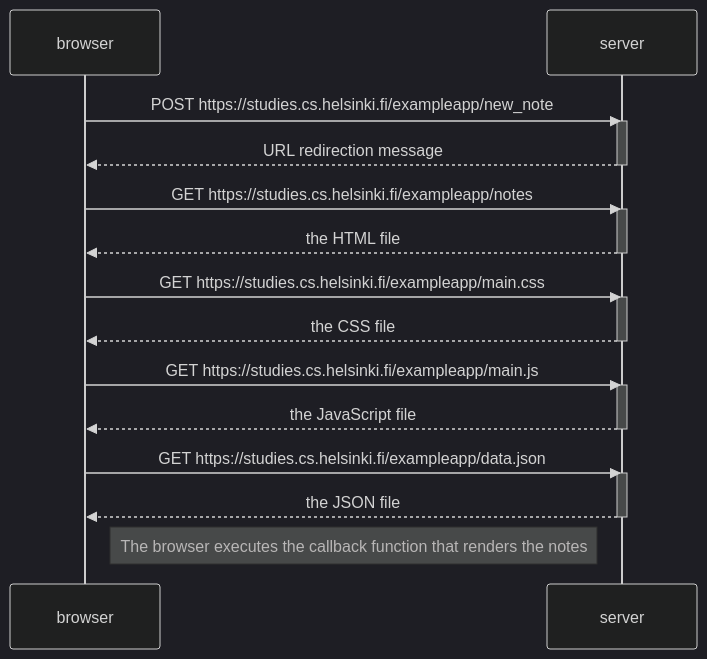
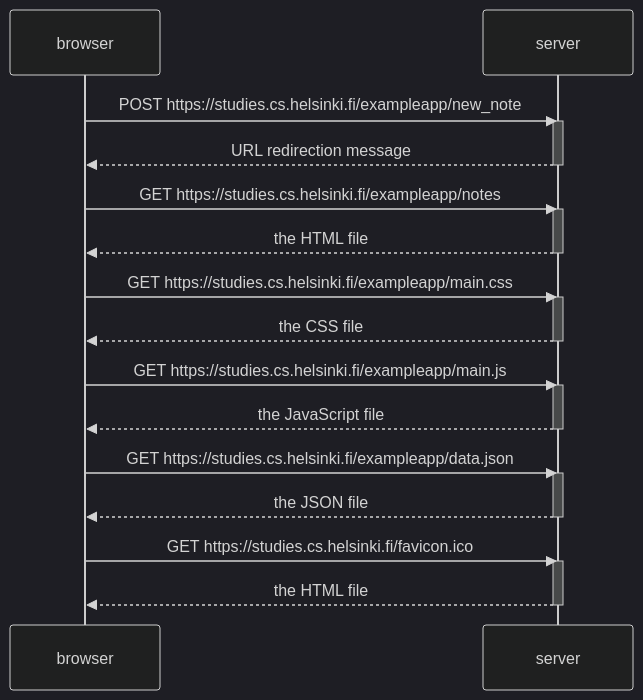
One commit to penggunainternet/FullstackopenExercises changed the diagram in part0/0.4.md. Above: the diagram before and after it, drawn with Mermaid (dark theme).

````diff
--- a/part0/0.4.md
+++ b/part0/0.4.md
@@ -1,35 +1,37 @@
-::: mermaid
-
+```mermaid
 sequenceDiagram
 participant browser
 participant server
 
     browser->>server: POST https://studies.cs.helsinki.fi/exampleapp/new_note
     activate server
     server-->>browser: URL redirection message
     deactivate server
 
     browser->>server: GET https://studies.cs.helsinki.fi/exampleapp/notes
     activate server
     server-->>browser: the HTML file
     deactivate server
 
     browser->>server: GET https://studies.cs.helsinki.fi/exampleapp/main.css
     activate server
     server-->>browser: the CSS file
     deactivate server
 
     browser->>server: GET https://studies.cs.helsinki.fi/exampleapp/main.js
     activate server
     server-->>browser: the JavaScript file
     deactivate server
 
 
     browser->>server: GET https://studies.cs.helsinki.fi/exampleapp/data.json
     activate server
     server-->>browser: the JSON file
     deactivate server
 
-    Note right of browser: The browser executes the callback function that renders the notes
 
-:::
+    browser->>server: GET https://studies.cs.helsinki.fi/favicon.ico
+    activate server
+    server-->>browser: the HTML file
+    deactivate server
+```
````
